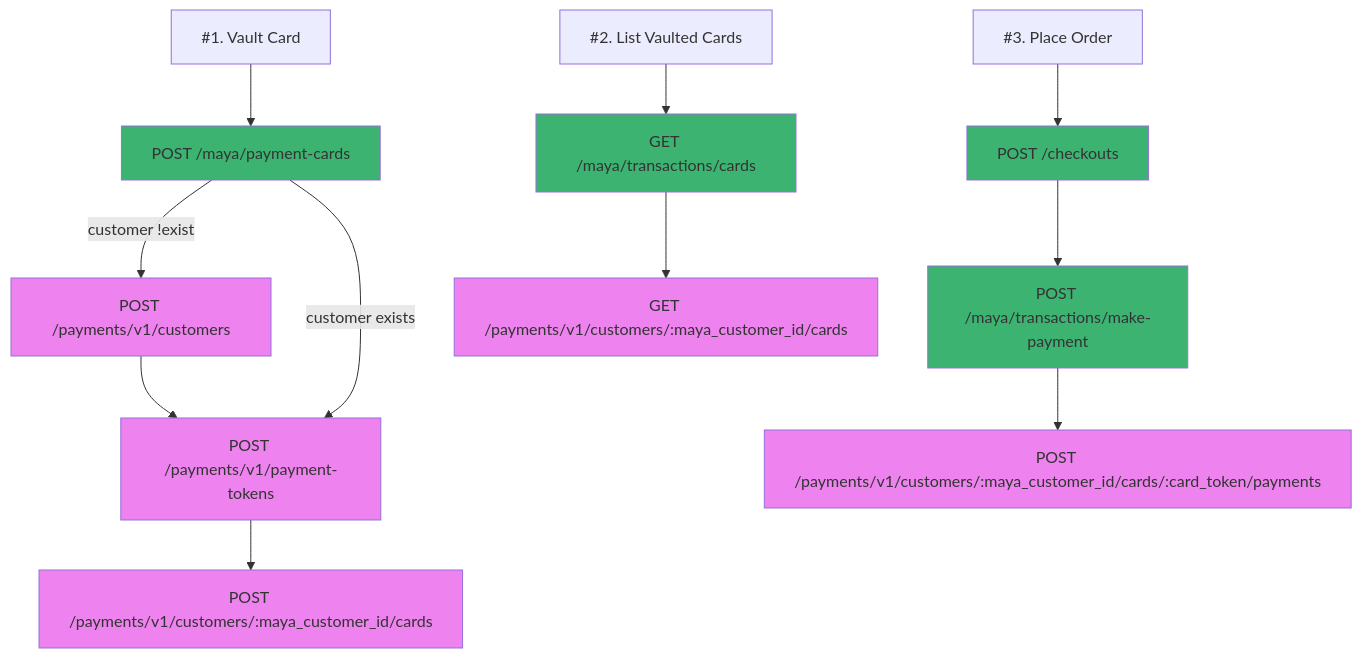
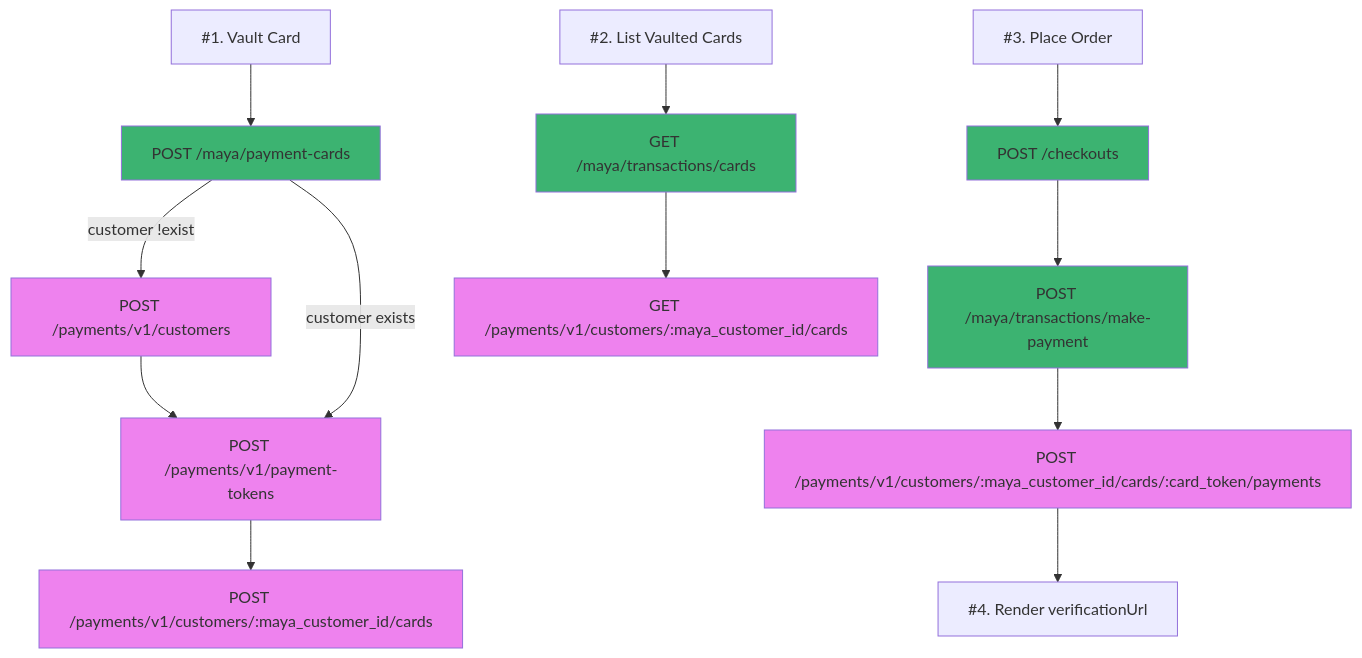
The diagram in propose-maya-payment-card-flow.md (israelcoper/mermaid-diagram), drawn with Mermaid before and after one commit.

````diff
--- a/propose-maya-payment-card-flow.md
+++ b/propose-maya-payment-card-flow.md
@@ -2,26 +2,27 @@
 ```mermaid
 ---
 title:
 ---
 flowchart TB;
     style B fill:#3cb371
     style F1 fill:#ee82ee
     style F2 fill:#ee82ee
     style F3 fill:#ee82ee
     style Y fill:#3cb371
     style Z fill:#ee82ee
     style E fill:#3cb371
     style G fill:#3cb371
     style H fill:#ee82ee
     A["#1. Vault Card"]-->B[POST /maya/payment-cards];
     B-- customer !exist -->F1[POST /payments/v1/customers];
     B-- customer exists -->F2[POST /payments/v1/payment-tokens];
     F1-->F2;
     F2-->F3[POST /payments/v1/customers/:maya_customer_id/cards];
     X["#2. List Vaulted Cards"]-->Y[GET /maya/transactions/cards];
     Y-->Z[GET /payments/v1/customers/:maya_customer_id/cards];
     C["#3. Place Order"];
     C-->E[POST /checkouts];
     E-->G[POST /maya/transactions/make-payment];
     G-->H[POST /payments/v1/customers/:maya_customer_id/cards/:card_token/payments];
+    H-->I["#4. Render verificationUrl"];
 ```
````
